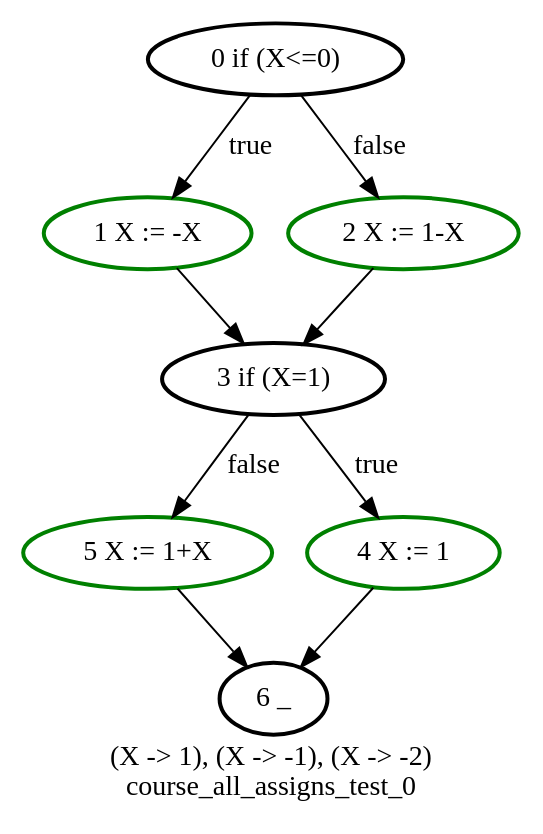
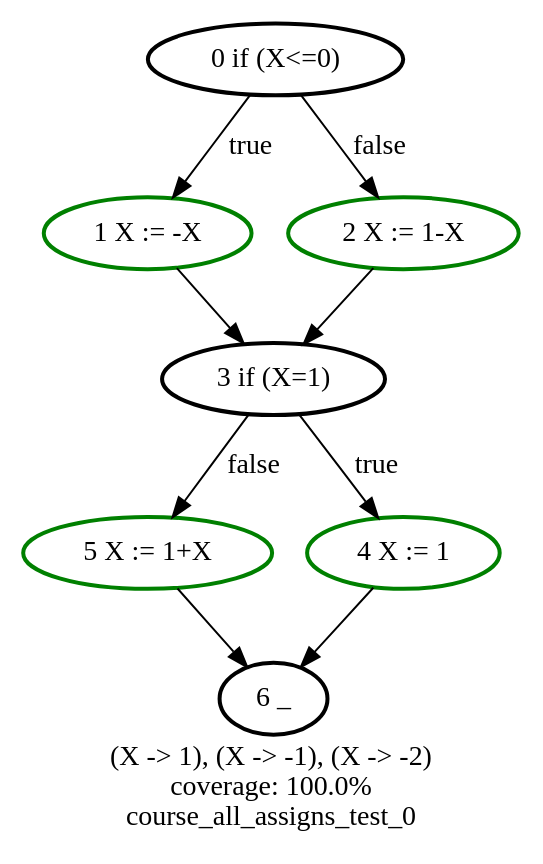
The diagram in graphs/course_all_assigns_test_0.dot (ghigi123/ivf), drawn with Graphviz before and after one commit. The commit also changed 23 other files, not shown here.

```diff
--- a/graphs/course_all_assigns_test_0.dot
+++ b/graphs/course_all_assigns_test_0.dot
@@ -1,19 +1,20 @@
 digraph course_all_assigns_test_0 {
 	label = "(X -> 1), (X -> -1), (X -> -2)
+coverage: 100.0%
 course_all_assigns_test_0"
 	"5 X := 1+X" [color = green, style = bold]
 	"1 X := -X" -> "3 if (X=1)"
 	"2 X := 1-X" -> "3 if (X=1)"
 	"4 X := 1" -> "6 _"
 	"1 X := -X" [color = green, style = bold]
 	"4 X := 1" [color = green, style = bold]
 	"3 if (X=1)" [style = bold]
 	"6 _" [style = bold]
 	"3 if (X=1)" -> "5 X := 1+X" [label = false]
 	"0 if (X<=0)" -> "1 X := -X" [label = true]
 	"2 X := 1-X" [color = green, style = bold]
 	"5 X := 1+X" -> "6 _"
 	"0 if (X<=0)" [style = bold]
 	"0 if (X<=0)" -> "2 X := 1-X" [label = false]
 	"3 if (X=1)" -> "4 X := 1" [label = true]
 }
```
